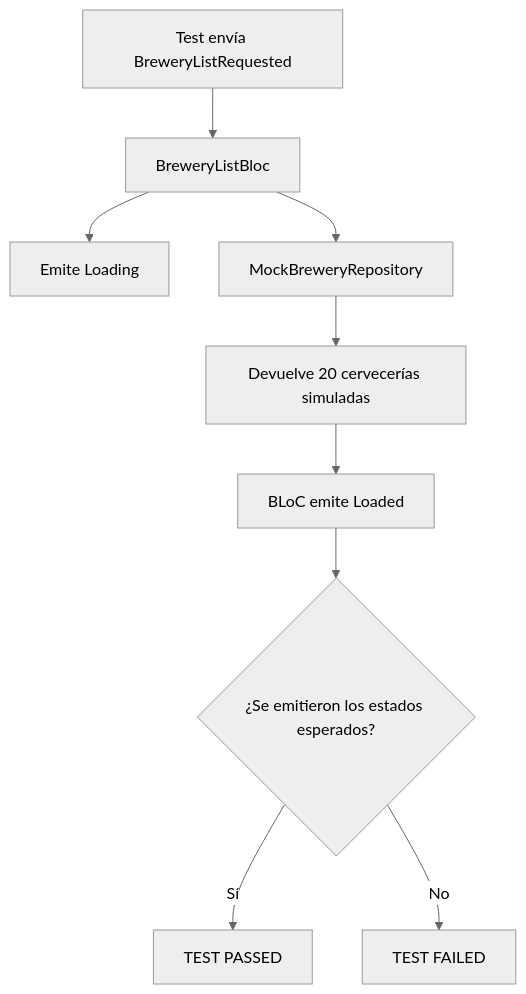
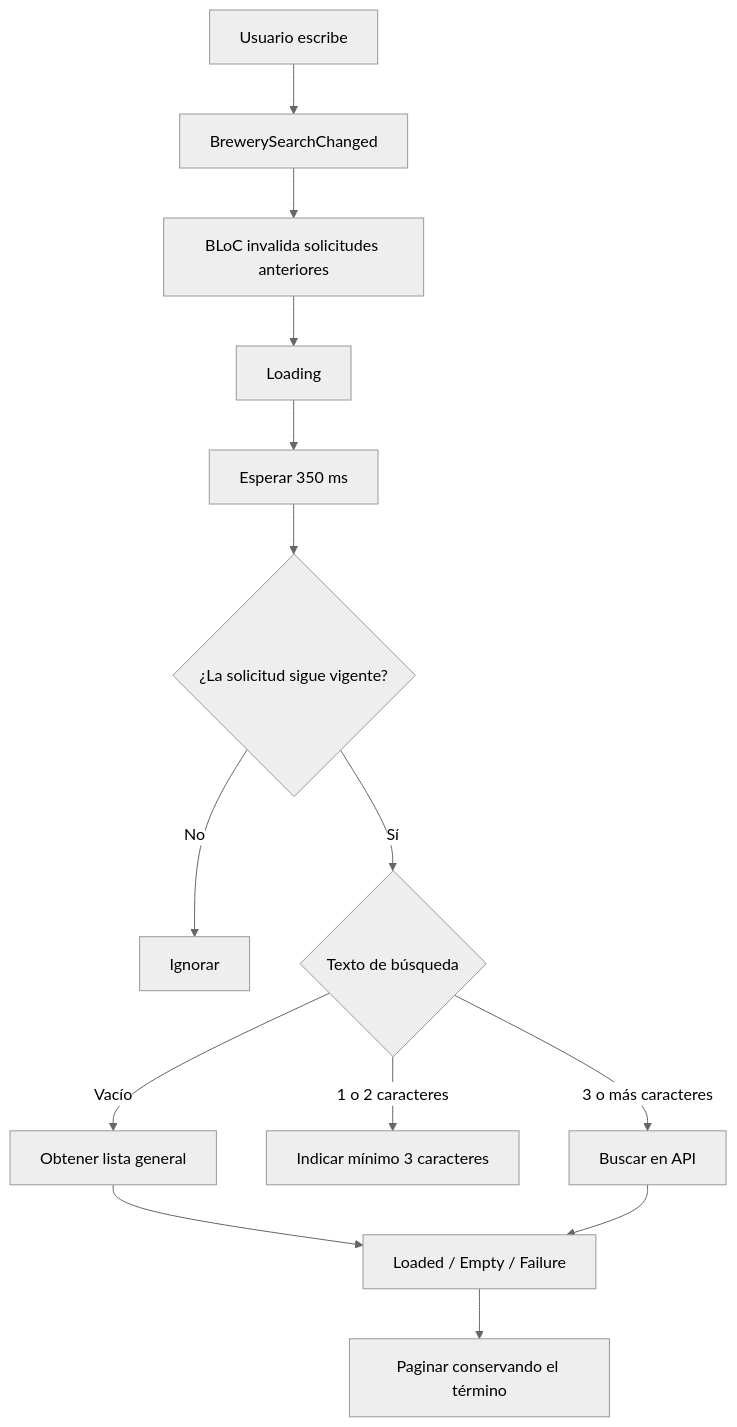
The sixth of 7 diagrams in README.md (itorresgalaz/forest_app), drawn with Mermaid (neutral theme) before and after one commit. The commit also changed other lines of this file and 72 other files, not shown here.

````diff
--- a/README.md
+++ b/README.md
@@ -134,11 +153,16 @@
 ```mermaid
 flowchart TD
-A["Test envía BreweryListRequested"] --> B["BreweryListBloc"]
-B --> C["Emite Loading"]
-B --> D["MockBreweryRepository"]
-D --> E["Devuelve 20 cervecerías simuladas"]
-E --> F["BLoC emite Loaded"]
-F --> G{"¿Se emitieron los estados esperados?"}
-G -->|Sí| H["TEST PASSED"]
-G -->|No| I["TEST FAILED"]
+A["Usuario escribe"] --> B["BrewerySearchChanged"]
+B --> C["BLoC invalida solicitudes anteriores"]
+C --> D["Loading"]
+D --> E["Esperar 350 ms"]
+E --> F{"¿La solicitud sigue vigente?"}
+F -->|No| G["Ignorar"]
+F -->|Sí| H{"Texto de búsqueda"}
+H -->|Vacío| I["Obtener lista general"]
+H -->|1 o 2 caracteres| J["Indicar mínimo 3 caracteres"]
+H -->|3 o más caracteres| K["Buscar en API"]
+I --> L["Loaded / Empty / Failure"]
+K --> L
+L --> M["Paginar conservando el término"]
 ```
````
